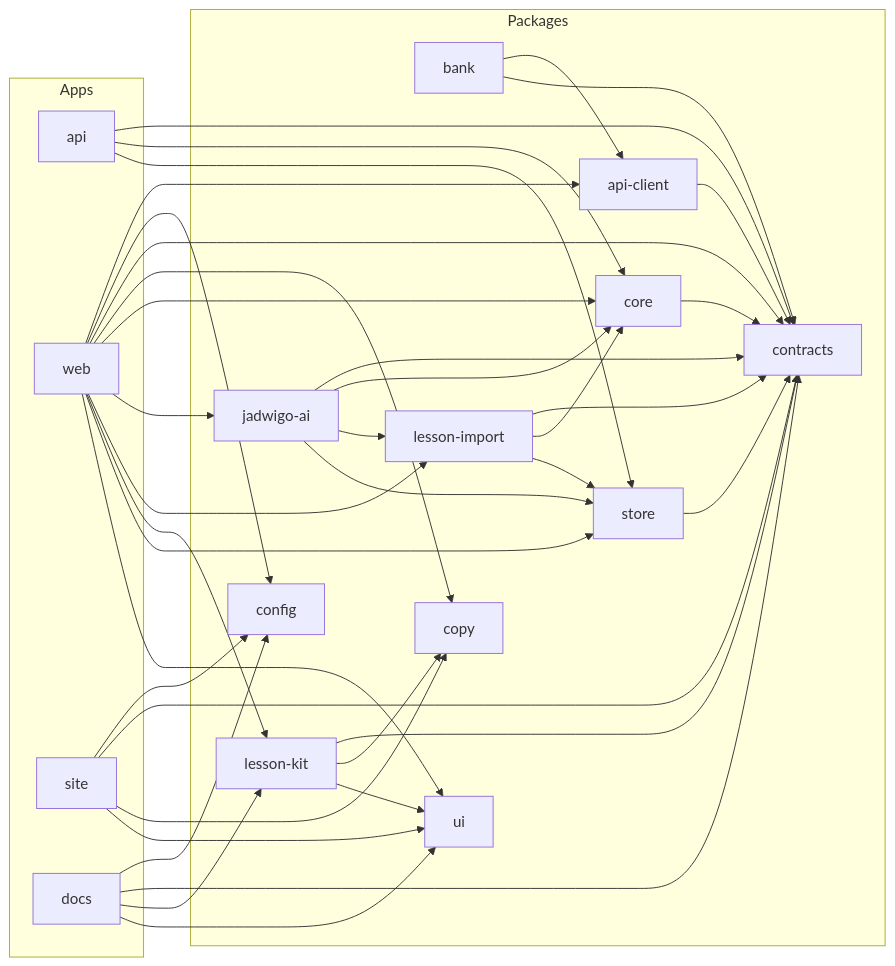
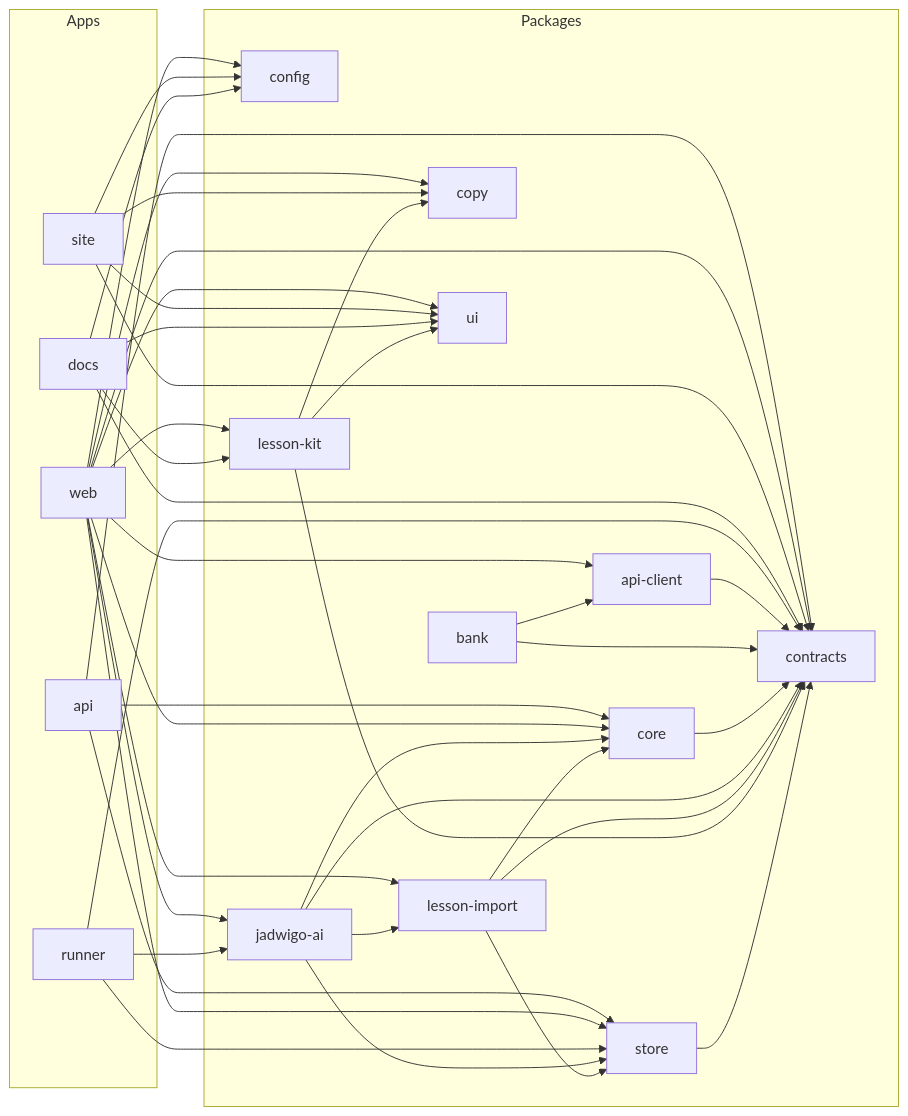
Before and after one commit to vasyl-stanislavchuk/jadwigo-hackathon: the diagram in apps/docs/src/content/docs/architecture/monorepo.md, drawn with Mermaid. The commit also changed other lines of this file and 27 other files, not shown here.

````diff
--- a/apps/docs/src/content/docs/architecture/monorepo.md
+++ b/apps/docs/src/content/docs/architecture/monorepo.md
@@ -20,58 +20,62 @@
 ```mermaid
 flowchart LR
   subgraph apps [Apps]
     api
     web
     site
     docs
+    runner
   end
   subgraph packages [Packages]
     api_client["api-client"]
     bank
     config
     contracts
     copy
     core
     jadwigo_ai["jadwigo-ai"]
     lesson_import["lesson-import"]
     lesson_kit["lesson-kit"]
     store
     ui
   end
   api --> contracts
   api --> core
   api --> store
   web --> api_client
   web --> config
   web --> contracts
   web --> copy
   web --> core
   web --> jadwigo_ai
   web --> lesson_import
   web --> lesson_kit
   web --> store
   web --> ui
   site --> config
   site --> contracts
   site --> copy
   site --> ui
   docs --> config
   docs --> contracts
   docs --> lesson_kit
   docs --> ui
+  runner --> contracts
+  runner --> jadwigo_ai
+  runner --> store
   api_client --> contracts
   bank --> api_client
   bank --> contracts
   core --> contracts
   jadwigo_ai --> contracts
   jadwigo_ai --> core
   jadwigo_ai --> lesson_import
   jadwigo_ai --> store
   lesson_import --> contracts
   lesson_import --> core
   lesson_import --> store
   lesson_kit --> contracts
   lesson_kit --> copy
   lesson_kit --> ui
   store --> contracts
 ```
````
